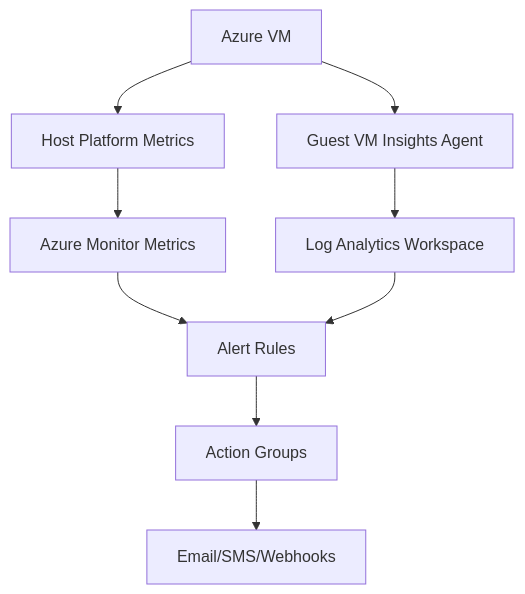
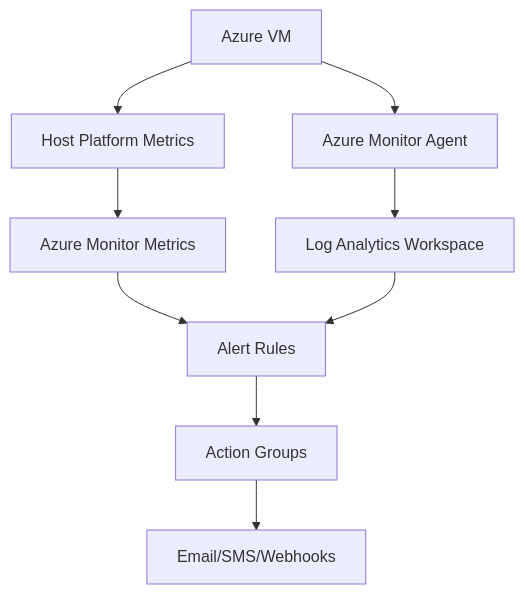
One commit to yeongseon/azure-virtual-machine-practical-guide changed the diagram in docs/operations/monitoring-and-alerting.md. Above: the diagram before and after it, drawn with Mermaid. The commit also changed other lines of this file and 11 other files, not shown here.

````diff
--- a/docs/operations/monitoring-and-alerting.md
+++ b/docs/operations/monitoring-and-alerting.md
@@ -7,11 +7,11 @@
 ```mermaid
 graph TD
     A[Azure VM] --> B[Host Platform Metrics]
-    A --> C[Guest VM Insights Agent]
+    A --> C[Azure Monitor Agent]
     B --> D[Azure Monitor Metrics]
     C --> E[Log Analytics Workspace]
     D --> F[Alert Rules]
     E --> F
     F --> G[Action Groups]
     G --> H[Email/SMS/Webhooks]
 ```
````
